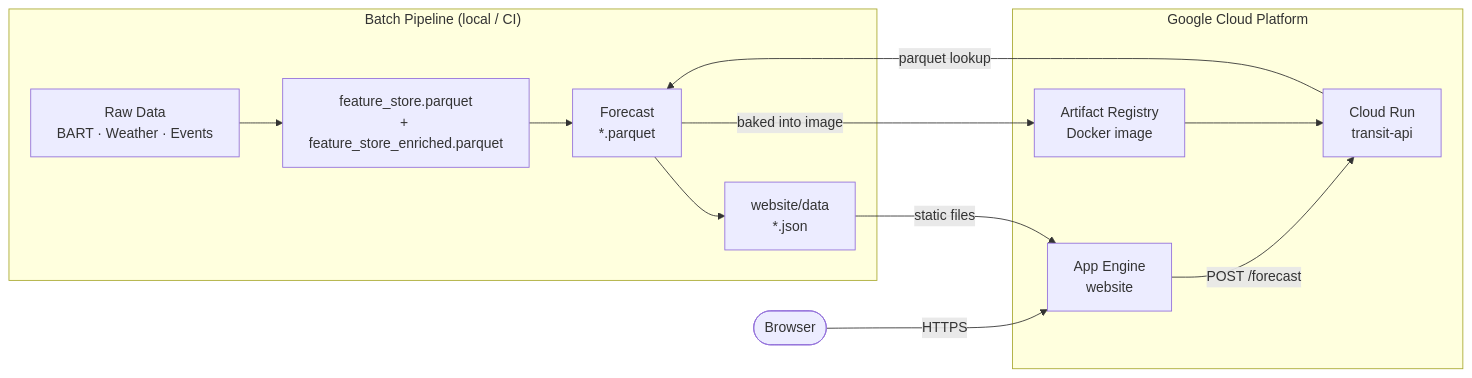
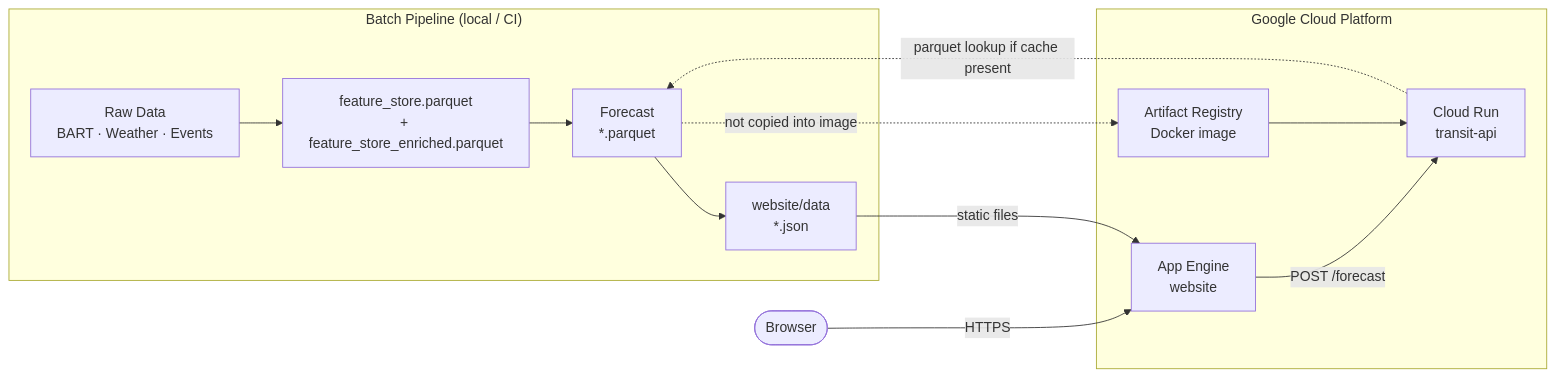
The diagram in README.md (Dhruv-cs50/transit-demand-forecasting), drawn with Mermaid before and after one commit. The commit also changed other lines of this file and 4 other files, not shown here.

````diff
--- a/README.md
+++ b/README.md
@@ -281,22 +281,23 @@
 ```mermaid
 flowchart LR
     subgraph Pipeline["Batch Pipeline (local / CI)"]
         RAW[Raw Data\nBART · Weather · Events]
         FS[feature_store.parquet\n+ feature_store_enriched.parquet]
         FC[Forecast\n*.parquet]
         JSON[website/data\n*.json]
         RAW --> FS --> FC --> JSON
     end
 
     subgraph GCP["Google Cloud Platform"]
         AR[Artifact Registry\nDocker image]
         CR[Cloud Run\ntransit-api]
         GAE[App Engine\nwebsite]
-        FC -->|baked into image| AR --> CR
+        FC -.->|not copied into image| AR
+        AR --> CR
         JSON -->|static files| GAE
     end
 
     USER([Browser]) -->|HTTPS| GAE
     GAE -->|POST /forecast| CR
-    CR -->|parquet lookup| FC
+    CR -.->|parquet lookup if cache present| FC
 ```
````
